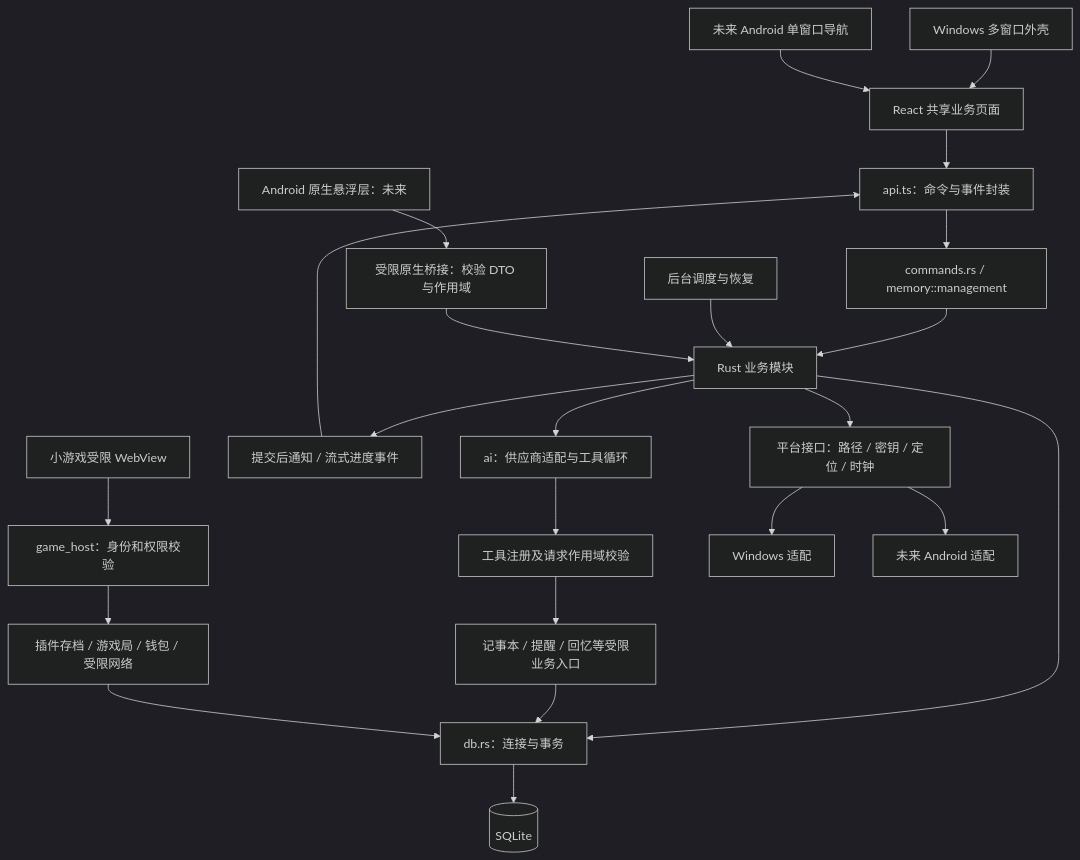
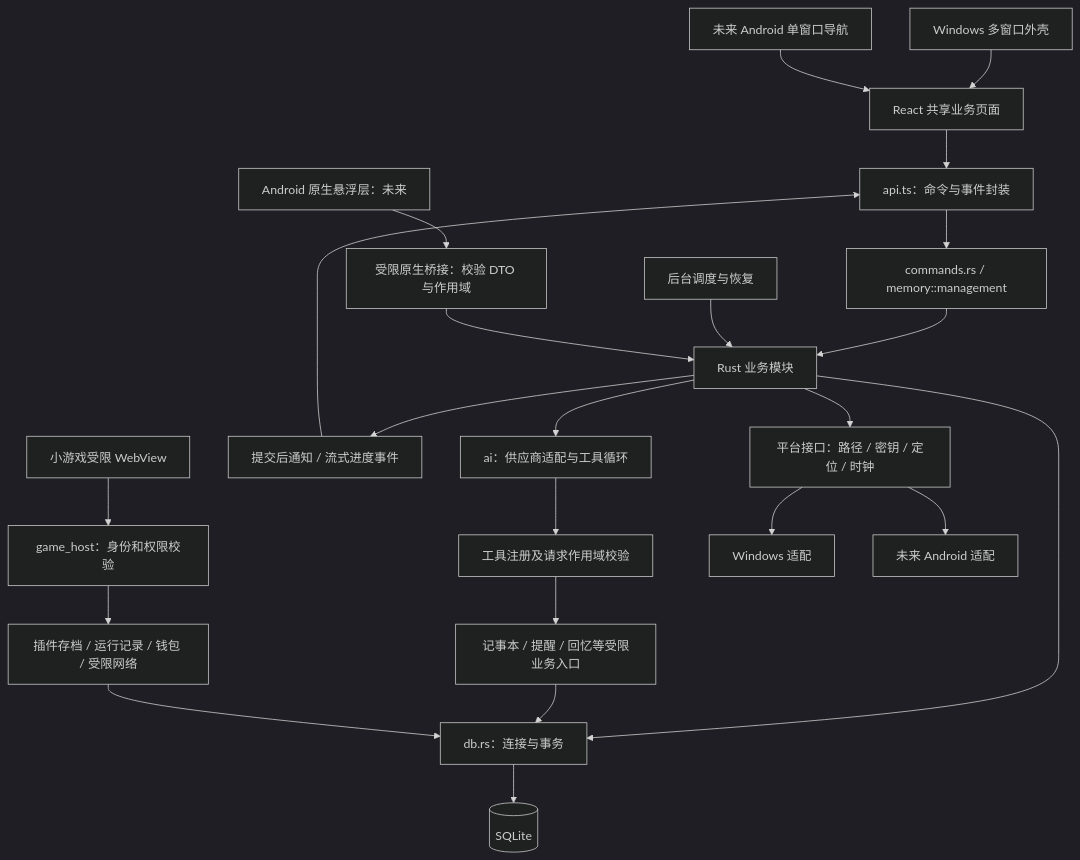
One commit to xianyvqiu/yanmew changed the diagram in docs/项目架构与代码职责.md. Above: the diagram before and after it, drawn with Mermaid (dark theme). The commit also changed other lines of this file and 248 other files, not shown here.

````diff
--- a/docs/项目架构与代码职责.md
+++ b/docs/项目架构与代码职责.md
@@ -24,25 +24,25 @@
 ```mermaid
 flowchart TD
     DESKTOP[Windows 多窗口外壳] --> UI[React 共享业务页面]
     MOBILE[未来 Android 单窗口导航] --> UI
     UI --> API[api.ts：命令与事件封装]
     API --> CMD[commands.rs / memory::management]
     CMD --> BIZ[Rust 业务模块]
     TIMER[后台调度与恢复] --> BIZ
     BIZ --> AI[ai：供应商适配与工具循环]
     AI --> TOOLS[工具注册及请求作用域校验]
     TOOLS --> SERVICES[记事本 / 提醒 / 回忆等受限业务入口]
     BIZ --> DB[db.rs：连接与事务]
     SERVICES --> DB
     DB --> SQLITE[(SQLite)]
     BIZ --> EVENTS[提交后通知 / 流式进度事件]
     EVENTS --> API
     PLUGIN[小游戏受限 WebView] --> HOST[game_host：身份和权限校验]
-    HOST --> GAME[插件存档 / 游戏局 / 钱包 / 受限网络]
+    HOST --> GAME[插件存档 / 运行记录 / 钱包 / 受限网络]
     GAME --> DB
     BIZ --> PORTS[平台接口：路径 / 密钥 / 定位 / 时钟]
     PORTS --> WIN[Windows 适配]
     PORTS --> ANDROID[未来 Android 适配]
     NATIVE[Android 原生悬浮层：未来] --> BRIDGE[受限原生桥接：校验 DTO 与作用域]
     BRIDGE --> BIZ
 ```
````
